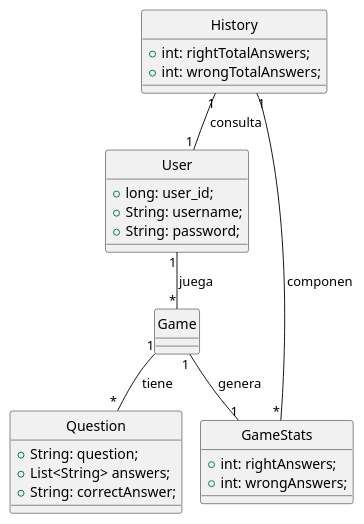
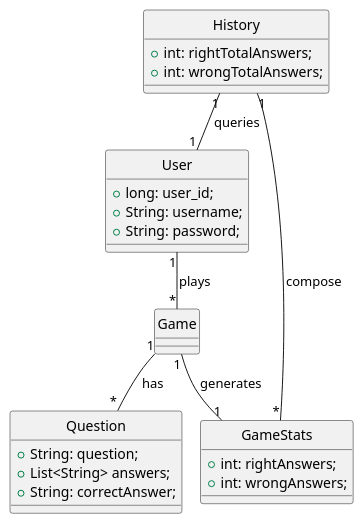
The diagram in docs/src/08_concepts.adoc (Arquisoft/wiq_es6c), drawn with PlantUML before and after one commit.

Commit message:
Corregida sección 8: Cambiado idioma en las relaciones del gráfico

```diff
--- a/docs/src/08_concepts.adoc
+++ b/docs/src/08_concepts.adoc
@@ -61,36 +61,36 @@
 [plantuml,"domain model",png]
 ----
 !pragma layout smetana
 skinparam style strictuml
 
 class User {
     + long: user_id;
     + String: username;
     + String: password;
 }
 
 class Game{
 }
 
 class Question{
     + String: question;
     + List<String> answers;
     + String: correctAnswer;
 }
 
 class History{
     + int: rightTotalAnswers;
     + int: wrongTotalAnswers;
 }
 
 class GameStats{
     + int: rightAnswers;
     + int: wrongAnswers;
 }
 
-History "1" -- "1" User: consulta
-History "1" -- "*" GameStats: componen
-Game "1" -- "*" Question: tiene
-User "1" -- "*" Game: juega
-Game "1" -- "1" GameStats: genera
+History "1" -- "1" User: queries
+History "1" -- "*" GameStats: compose
+Game "1" -- "*" Question: has
+User "1" -- "*" Game: plays
+Game "1" -- "1" GameStats: generates
 ----
```
